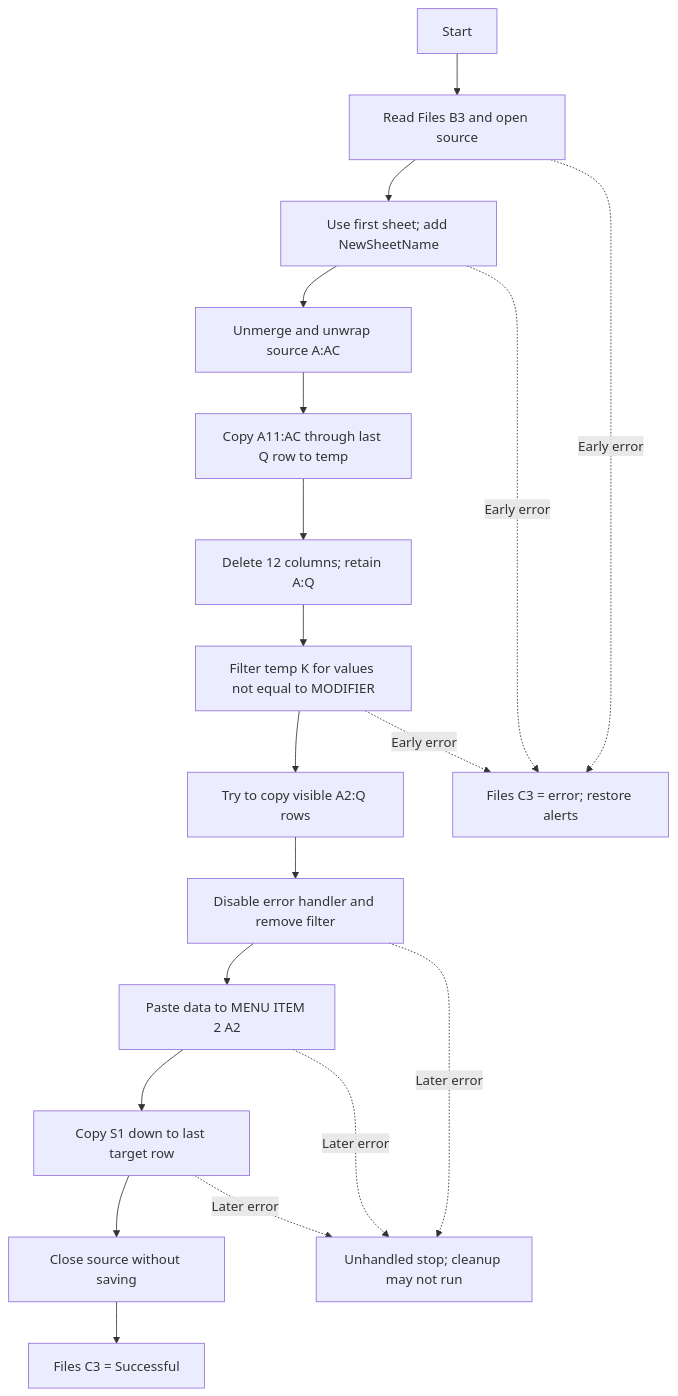
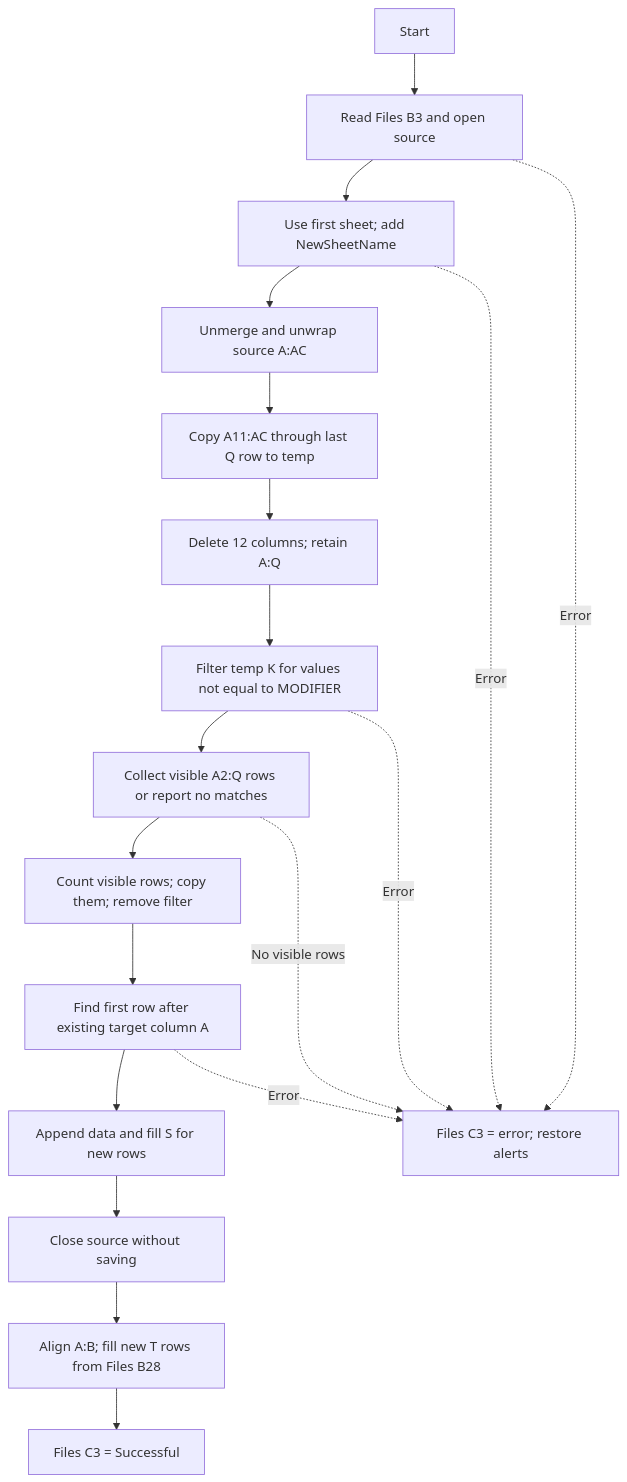
The fifth of 16 diagrams in Other Comps/VBA_DOCUMENTATION.md (moonstarph23/Common-Script), drawn with Mermaid before and after one commit. The commit also changed other lines of this file and 10 other files, not shown here.

````diff
--- a/Other Comps/VBA_DOCUMENTATION.md
+++ b/Other Comps/VBA_DOCUMENTATION.md
@@ -267,21 +271,21 @@
 ```mermaid
 flowchart TD
     A["Start"] --> B["Read Files B3 and open source"]
     B --> C["Use first sheet; add NewSheetName"]
     C --> D["Unmerge and unwrap source A:AC"]
     D --> E["Copy A11:AC through last Q row to temp"]
     E --> F["Delete 12 columns; retain A:Q"]
     F --> G["Filter temp K for values not equal to MODIFIER"]
-    G --> H["Try to copy visible A2:Q rows"]
-    H --> I["Disable error handler and remove filter"]
-    I --> J["Paste data to MENU ITEM 2 A2"]
-    J --> K["Copy S1 down to last target row"]
+    G --> H["Collect visible A2:Q rows or report no matches"]
+    H --> I["Count visible rows; copy them; remove filter"]
+    I --> J["Find first row after existing target column A"]
+    J --> K["Append data and fill S for new rows"]
     K --> L["Close source without saving"]
-    L --> M["Files C3 = Successful"]
-    B -. "Early error" .-> X["Files C3 = error; restore alerts"]
-    C -. "Early error" .-> X
-    G -. "Early error" .-> X
-    I -. "Later error" .-> Y["Unhandled stop; cleanup may not run"]
-    J -. "Later error" .-> Y
-    K -. "Later error" .-> Y
+    L --> M["Align A:B; fill new T rows from Files B28"]
+    M --> N["Files C3 = Successful"]
+    B -. "Error" .-> X["Files C3 = error; restore alerts"]
+    C -. "Error" .-> X
+    G -. "Error" .-> X
+    H -. "No visible rows" .-> X
+    J -. "Error" .-> X
 ```
````
